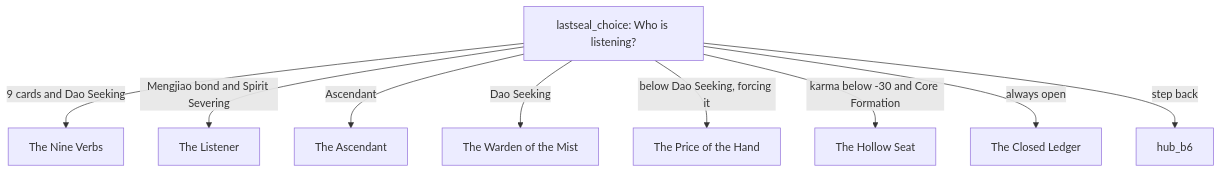
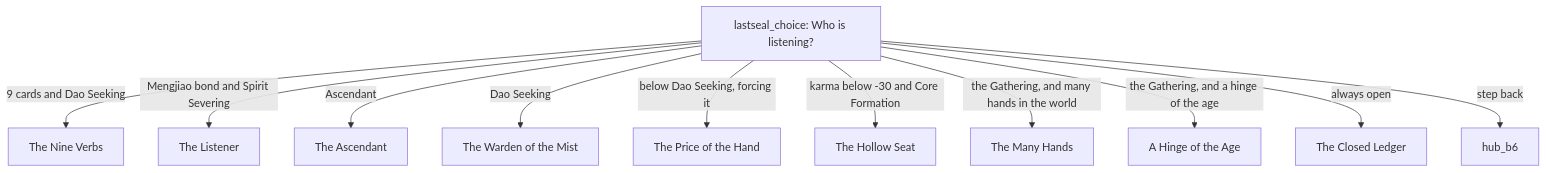
Diagram 12 of 45 in docs/ARCHITECTURE.md (jgyy/nextxian), drawn with Mermaid before and after one commit. The commit also changed other lines of this file and 59 other files, not shown here.

````diff
--- a/docs/ARCHITECTURE.md
+++ b/docs/ARCHITECTURE.md
@@ -247,12 +313,14 @@
 ```mermaid
 flowchart TD
   L[lastseal_choice: Who is listening?]
   L -->|9 cards and Dao Seeking| N[The Nine Verbs]
   L -->|Mengjiao bond and Spirit Severing| LI[The Listener]
   L -->|Ascendant| A[The Ascendant]
   L -->|Dao Seeking| W[The Warden of the Mist]
   L -->|below Dao Seeking, forcing it| SP[The Price of the Hand]
   L -->|karma below -30 and Core Formation| H[The Hollow Seat]
+  L -->|the Gathering, and many hands in the world| MH[The Many Hands]
+  L -->|the Gathering, and a hinge of the age| HG[A Hinge of the Age]
   L -->|always open| LE[The Closed Ledger]
   L -->|step back| HUB[hub_b6]
 ```
````
